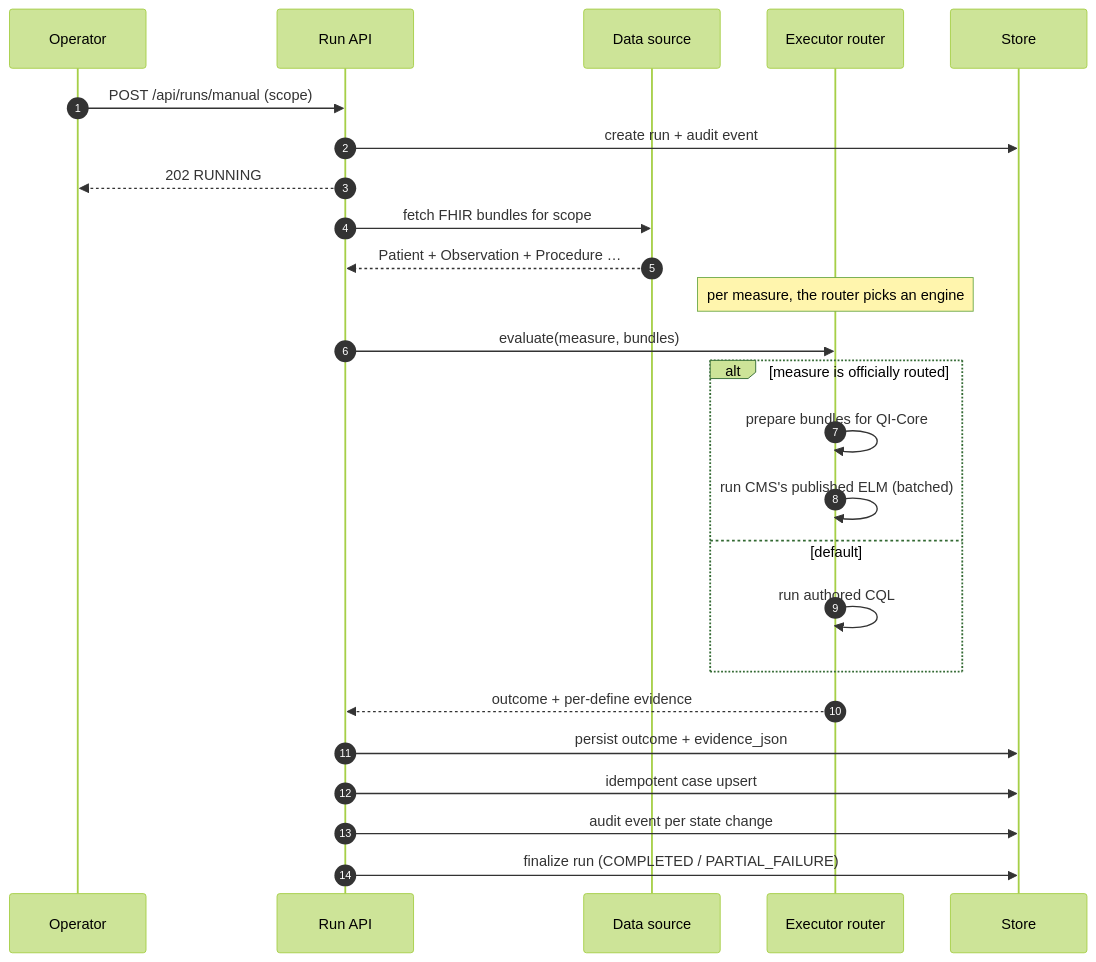
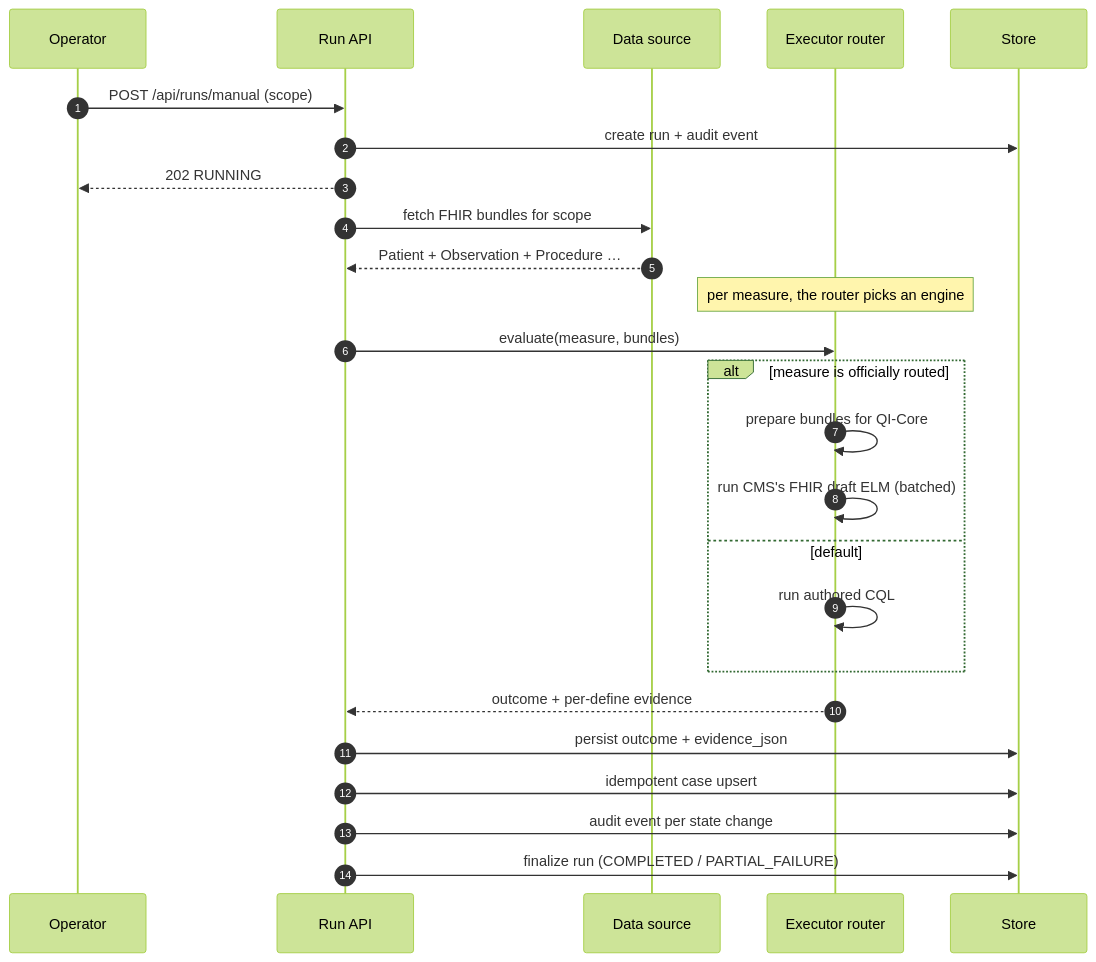
One commit to Taleef7/workwell changed the second of 2 diagrams in README.md. Above: the diagram before and after it, drawn with Mermaid (forest theme). The commit also changed other lines of this file and 24 other files, not shown here.

````diff
--- a/README.md
+++ b/README.md
@@ -117,31 +128,31 @@
 ```mermaid
 sequenceDiagram
     autonumber
     participant OP as Operator
     participant API as Run API
     participant SRC as Data source
     participant ENG as Executor router
     participant DB as Store
 
     OP->>API: POST /api/runs/manual (scope)
     API->>DB: create run + audit event
     API-->>OP: 202 RUNNING
 
     API->>SRC: fetch FHIR bundles for scope
     SRC-->>API: Patient + Observation + Procedure …
 
     Note over ENG: per measure, the router picks an engine
     API->>ENG: evaluate(measure, bundles)
     alt measure is officially routed
         ENG->>ENG: prepare bundles for QI-Core
-        ENG->>ENG: run CMS's published ELM (batched)
+        ENG->>ENG: run CMS's FHIR draft ELM (batched)
     else default
         ENG->>ENG: run authored CQL
     end
     ENG-->>API: outcome + per-define evidence
 
     API->>DB: persist outcome + evidence_json
     API->>DB: idempotent case upsert
     API->>DB: audit event per state change
     API->>DB: finalize run (COMPLETED / PARTIAL_FAILURE)
 ```
````
